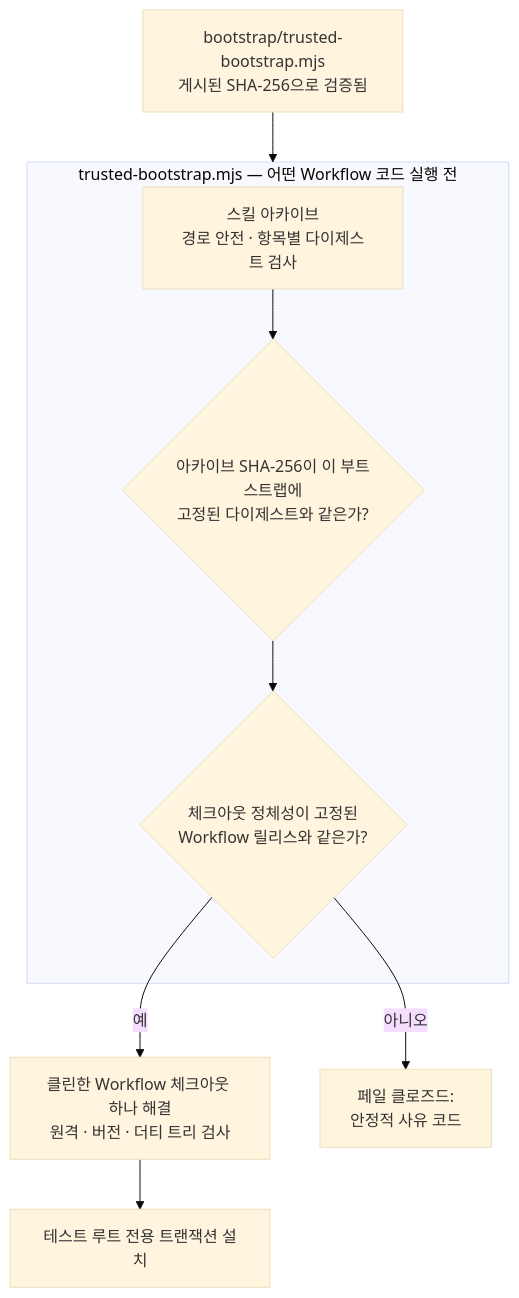
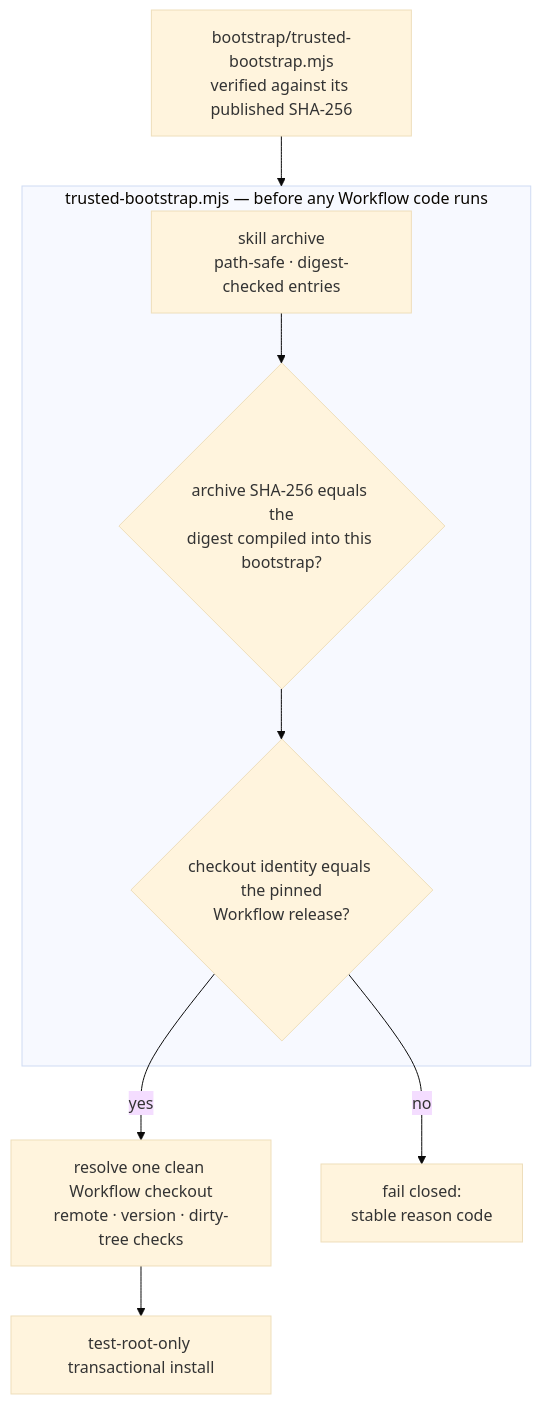
The diagram in README.ko.md (tpmoonchefryan/tcrn-workflow-helper), drawn with Mermaid (base theme) before and after one commit. The commit also changed other lines of this file and 4 other files, not shown here.

````diff
--- a/README.ko.md
+++ b/README.ko.md
@@ -72,11 +88,11 @@
 ```mermaid
 flowchart TD
-    K[bootstrap/trusted-bootstrap.mjs<br/>게시된 SHA-256으로 검증됨] --> Verify
-    subgraph Verify["trusted-bootstrap.mjs — 어떤 Workflow 코드 실행 전"]
-        A[스킬 아카이브<br/>경로 안전 · 항목별 다이제스트 검사] --> D{아카이브 SHA-256이 이 부트스트랩에<br/>고정된 다이제스트와 같은가?}
-        D --> ID{체크아웃 정체성이 고정된<br/>Workflow 릴리스와 같은가?}
+    K[bootstrap/trusted-bootstrap.mjs<br/>verified against its published SHA-256] --> Verify
+    subgraph Verify["trusted-bootstrap.mjs — before any Workflow code runs"]
+        A[skill archive<br/>path-safe · digest-checked entries] --> D{archive SHA-256 equals the<br/>digest compiled into this bootstrap?}
+        D --> ID{checkout identity equals the pinned<br/>Workflow release?}
     end
-    ID -->|예| R[클린한 Workflow 체크아웃 하나 해결<br/>원격 · 버전 · 더티 트리 검사]
-    ID -->|아니오| F[페일 클로즈드:<br/>안정적 사유 코드]
-    R --> T[테스트 루트 전용 트랜잭션 설치]
+    ID -->|yes| R[resolve one clean Workflow checkout<br/>remote · version · dirty-tree checks]
+    ID -->|no| F[fail closed:<br/>stable reason code]
+    R --> T[test-root-only transactional install]
 ```
````
